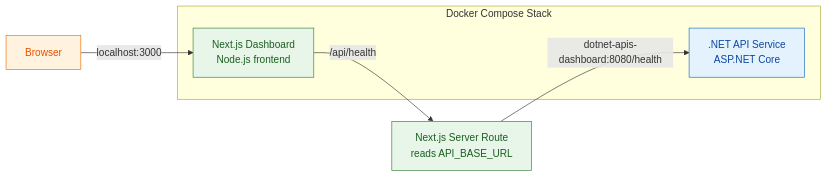
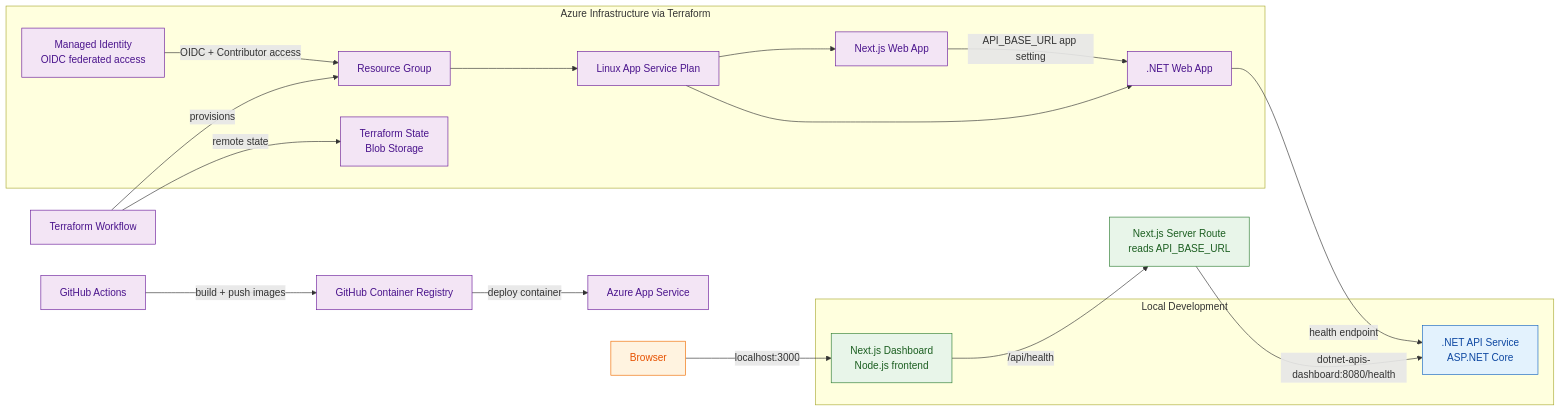
Before and after one commit to vermavarun/_TheApplication: the diagram in README.md, drawn with Mermaid. The commit also changed other lines of this file and 2 other files, not shown here.

Commit message:
feat: add workflow_dispatch trigger to dotnet and Next.js dashboard workflows

````diff
--- a/README.md
+++ b/README.md
@@ -7,20 +7,45 @@
 ```mermaid
 flowchart LR
     User[Browser] -->|localhost:3000| Dashboard[Next.js Dashboard\nNode.js frontend]
     Dashboard -->|/api/health| NodeRoute[Next.js Server Route\nreads API_BASE_URL]
     NodeRoute -->|dotnet-apis-dashboard:8080/health| ApiService[.NET API Service\nASP.NET Core]
 
-    subgraph Compose[Docker Compose Stack]
+    subgraph Local[Local Development]
         Dashboard
         ApiService
     end
 
+    GitHub[GitHub Actions] -->|build + push images| GHCR[GitHub Container Registry]
+    GHCR -->|deploy container| Azure[Azure App Service]
+
+    subgraph AzureInfra[Azure Infrastructure via Terraform]
+        RG[Resource Group]
+        Plan[Linux App Service Plan]
+        FrontendWeb[Next.js Web App]
+        BackendWeb[.NET Web App]
+        MI[Managed Identity\nOIDC federated access]
+        State[Terraform State\nBlob Storage]
+    end
+
+    Terraform[Terraform Workflow] -->|provisions| RG
+    RG --> Plan
+    Plan --> FrontendWeb
+    Plan --> BackendWeb
+    MI -->|OIDC + Contributor access| RG
+    Terraform -->|remote state| State
+
+    FrontendWeb -->|API_BASE_URL app setting| BackendWeb
+    BackendWeb -->|health endpoint| ApiService
+
     classDef frontend fill:#e8f5e9,stroke:#2e7d32,color:#1b5e20,stroke-width:1px;
     classDef server fill:#e3f2fd,stroke:#1565c0,color:#0d47a1,stroke-width:1px;
     classDef user fill:#fff3e0,stroke:#ef6c00,color:#e65100,stroke-width:1px;
+    classDef infra fill:#f3e5f5,stroke:#6a1b9a,color:#4a148c,stroke-width:1px;
 
     class User user;
     class Dashboard frontend;
     class NodeRoute frontend;
     class ApiService server;
+    class RG,Plan,FrontendWeb,BackendWeb,MI,State infra;
+    class GitHub,GHCR,Terraform,Azure infra;
 ```
````
